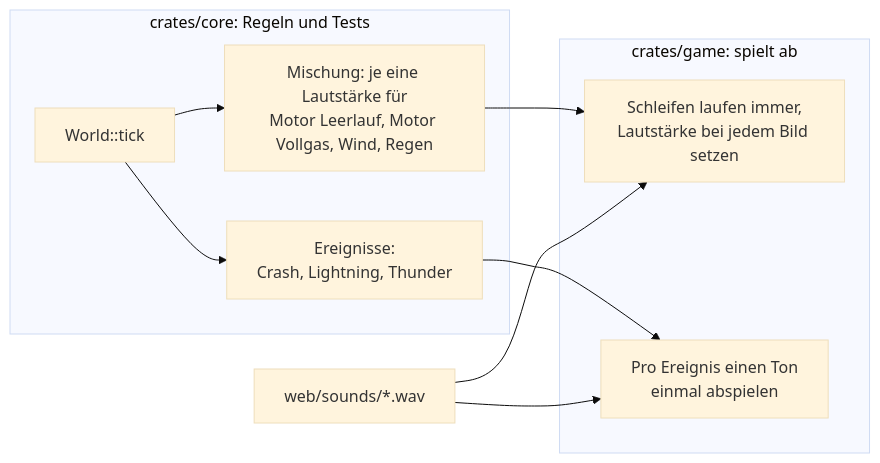
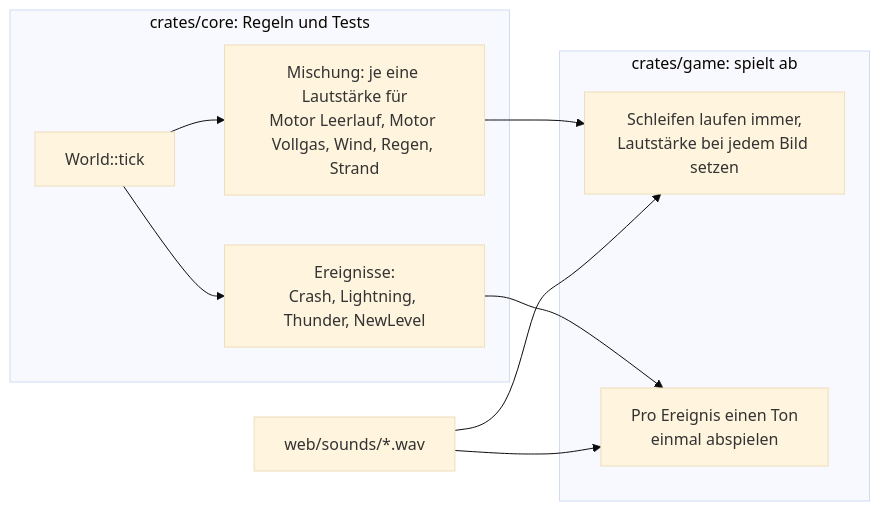
The fourth of 9 diagrams in docs/content/de/develop.md (m0nstergamez/airplane-scoring), drawn with Mermaid (base theme) before and after one commit. The commit also changed other lines of this file and 16 other files, not shown here.

````diff
--- a/docs/content/de/develop.md
+++ b/docs/content/de/develop.md
@@ -110,17 +110,17 @@
 ```mermaid
 flowchart LR
     subgraph core["crates/core: Regeln und Tests"]
         W["World::tick"]
-        M["Mischung: je eine Lautstärke für<br/>Motor Leerlauf, Motor Vollgas, Wind, Regen"]
-        E["Ereignisse:<br/>Crash, Lightning, Thunder"]
+        M["Mischung: je eine Lautstärke für<br/>Motor Leerlauf, Motor Vollgas, Wind, Regen, Strand"]
+        E["Ereignisse:<br/>Crash, Lightning, Thunder, NewLevel"]
     end
     subgraph game["crates/game: spielt ab"]
         L["Schleifen laufen immer,<br/>Lautstärke bei jedem Bild setzen"]
         O["Pro Ereignis einen Ton<br/>einmal abspielen"]
     end
     F["web/sounds/*.wav"]
     W --> M --> L
     W --> E --> O
     F --> L
     F --> O
 ```
````
